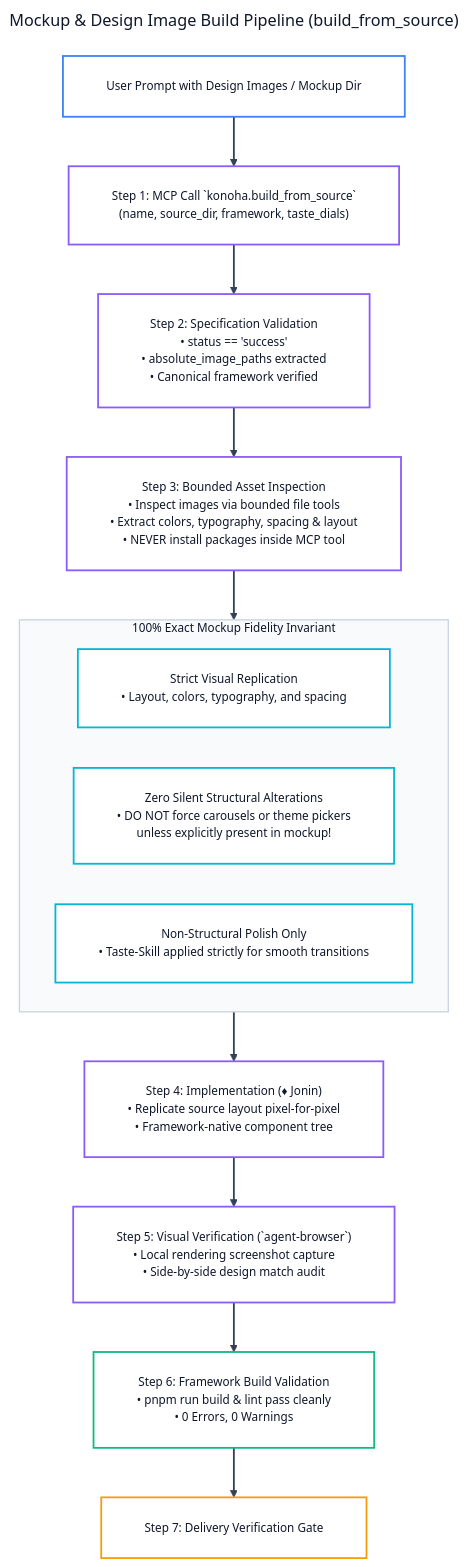
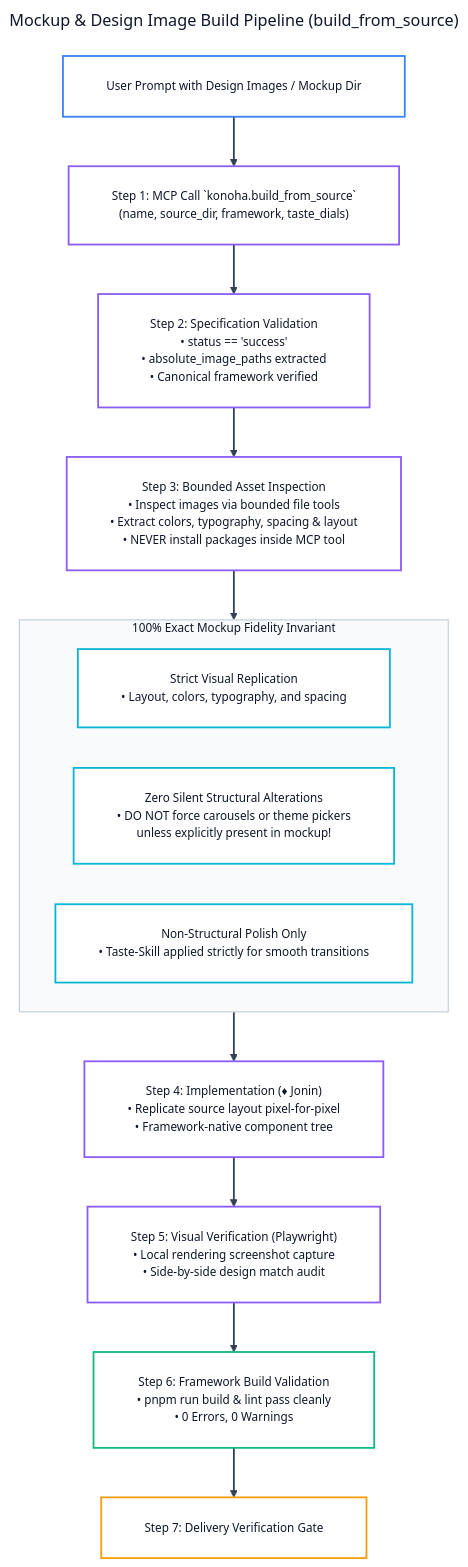
One commit to andycungkrinx91/konoha changed the fifth of 19 diagrams in docs/ALL-WORKFLOW-DIAGRAMS.md. Above: the diagram before and after it, drawn with Mermaid. The commit also changed other lines of this file and 30 other files, not shown here.

````diff
--- a/docs/ALL-WORKFLOW-DIAGRAMS.md
+++ b/docs/ALL-WORKFLOW-DIAGRAMS.md
@@ -315,60 +315,60 @@
 ```mermaid
 ---
 title: Mockup & Design Image Build Pipeline (build_from_source)
 config:
   theme: base
   themeVariables:
     darkMode: false
     background: '#ffffff'
     mainBkg: '#ffffff'
     primaryColor: '#ffffff'
     primaryTextColor: '#0f172a'
     primaryBorderColor: '#3b82f6'
     lineColor: '#334155'
     arrowheadColor: '#334155'
     secondaryColor: '#f8fafc'
     tertiaryColor: '#ffffff'
     fontFamily: 'Inter, system-ui, -apple-system, sans-serif'
     fontSize: '13px'
   flowchart:
     nodeSpacing: 45
     rankSpacing: 55
     padding: 24
     wrappingWidth: 380
 ---
 flowchart TD
     SourceDesign["User Prompt with Design Images / Mockup Dir"] --> Step1["Step 1: MCP Call `konoha.build_from_source`<br/>(name, source_dir, framework, taste_dials)"]
     Step1 --> Step2["Step 2: Specification Validation<br/>• status == 'success'<br/>• absolute_image_paths extracted<br/>• Canonical framework verified"]
 
     Step2 --> Step3["Step 3: Bounded Asset Inspection<br/>• Inspect images via bounded file tools<br/>• Extract colors, typography, spacing &amp; layout<br/>• NEVER install packages inside MCP tool"]
 
     subgraph FidelityRule ["100% Exact Mockup Fidelity Invariant"]
         F1["Strict Visual Replication<br/>• Layout, colors, typography, and spacing"]
         F2["Zero Silent Structural Alterations<br/>• DO NOT force carousels or theme pickers<br/>unless explicitly present in mockup!"]
         F3["Non-Structural Polish Only<br/>• Taste-Skill applied strictly for smooth transitions"]
     end
 
     Step3 --> FidelityRule
     FidelityRule --> Step4["Step 4: Implementation (♦ Jonin)<br/>• Replicate source layout pixel-for-pixel<br/>• Framework-native component tree"]
 
-    Step4 --> Step5["Step 5: Visual Verification (`agent-browser`)<br/>• Local rendering screenshot capture<br/>• Side-by-side design match audit"]
+    Step4 --> Step5["Step 5: Visual Verification (Playwright)<br/>• Local rendering screenshot capture<br/>• Side-by-side design match audit"]
 
     Step5 --> Step6["Step 6: Framework Build Validation<br/>• pnpm run build &amp; lint pass cleanly<br/>• 0 Errors, 0 Warnings"]
 
     Step6 --> Step7["Step 7: Delivery Verification Gate"]
 
     linkStyle default stroke:#334155,stroke-width:2px;
     style FidelityRule fill:#f8fafc,stroke:#cbd5e1,stroke-width:1.5px,color:#0f172a;
 
     classDef startNode fill:#ffffff,stroke:#3b82f6,color:#0f172a,stroke-width:2px;
     classDef processNode fill:#ffffff,stroke:#8b5cf6,color:#0f172a,stroke-width:2px;
     classDef ruleNode fill:#ffffff,stroke:#06b6d4,color:#0f172a,stroke-width:2px;
     classDef valNode fill:#ffffff,stroke:#10b981,color:#0f172a,stroke-width:2px;
     classDef gateNode fill:#ffffff,stroke:#f59e0b,color:#0f172a,stroke-width:2px;
 
     class SourceDesign startNode;
     class Step1,Step2,Step3,Step4,Step5 processNode;
     class F1,F2,F3 ruleNode;
     class Step6 valNode;
     class Step7 gateNode;
 ```
````
